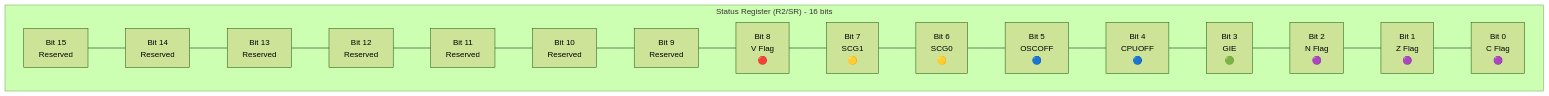
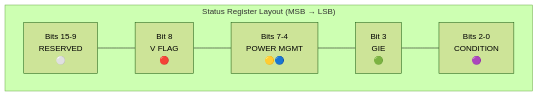
The fourth of 9 diagrams in docs/MSP430_CPU_REGISTERS.md (grahame-white/ai_msp430_emulator), drawn with Mermaid (forest theme) before and after one commit. The commit also changed other lines of this file, not shown here.

Commit message:
Fix register diagrams to read horizontally and improve SR diagram readability

````diff
--- a/docs/MSP430_CPU_REGISTERS.md
+++ b/docs/MSP430_CPU_REGISTERS.md
@@ -93,38 +87,16 @@
 ```mermaid
 graph LR
-    subgraph sr["Status Register (R2/SR) - 16 bits"]
+    subgraph sr["Status Register Layout (MSB → LSB)"]
         direction LR
-        B15["Bit 15<br/>Reserved"] 
-        B14["Bit 14<br/>Reserved"] 
-        B13["Bit 13<br/>Reserved"] 
-        B12["Bit 12<br/>Reserved"]
-        B11["Bit 11<br/>Reserved"] 
-        B10["Bit 10<br/>Reserved"] 
-        B9["Bit 9<br/>Reserved"] 
-        B8["Bit 8<br/>V Flag<br/>🔴"]
-        B7["Bit 7<br/>SCG1<br/>🟡"] 
-        B6["Bit 6<br/>SCG0<br/>🟡"] 
-        B5["Bit 5<br/>OSCOFF<br/>🔵"]
-        B4["Bit 4<br/>CPUOFF<br/>🔵"] 
-        B3["Bit 3<br/>GIE<br/>🟢"] 
-        B2["Bit 2<br/>N Flag<br/>🟣"] 
-        B1["Bit 1<br/>Z Flag<br/>🟣"] 
-        B0["Bit 0<br/>C Flag<br/>🟣"]
+        RESERVED["Bits 15-9<br/>RESERVED<br/>⚪"] 
+        VFLAG["Bit 8<br/>V FLAG<br/>🔴"]
+        POWER["Bits 7-4<br/>POWER MGMT<br/>🟡🔵"] 
+        GIE["Bit 3<br/>GIE<br/>🟢"]
+        COND["Bits 2-0<br/>CONDITION<br/>🟣"]
         
-        B15 --- B14
-        B14 --- B13
-        B13 --- B12
-        B12 --- B11
-        B11 --- B10
-        B10 --- B9
-        B9 --- B8
-        B8 --- B7
-        B7 --- B6
-        B6 --- B5
-        B5 --- B4
-        B4 --- B3
-        B3 --- B2
-        B2 --- B1
-        B1 --- B0
+        RESERVED --- VFLAG
+        VFLAG --- POWER
+        POWER --- GIE  
+        GIE --- COND
     end
 ```
````
